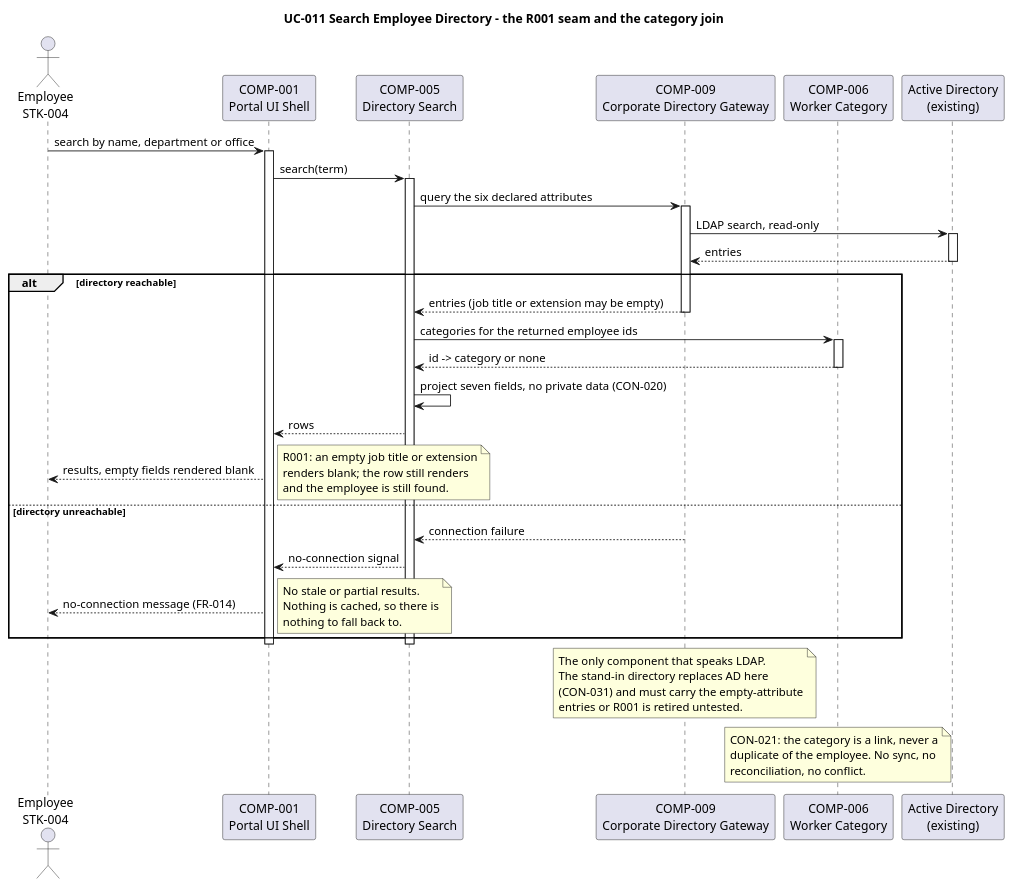
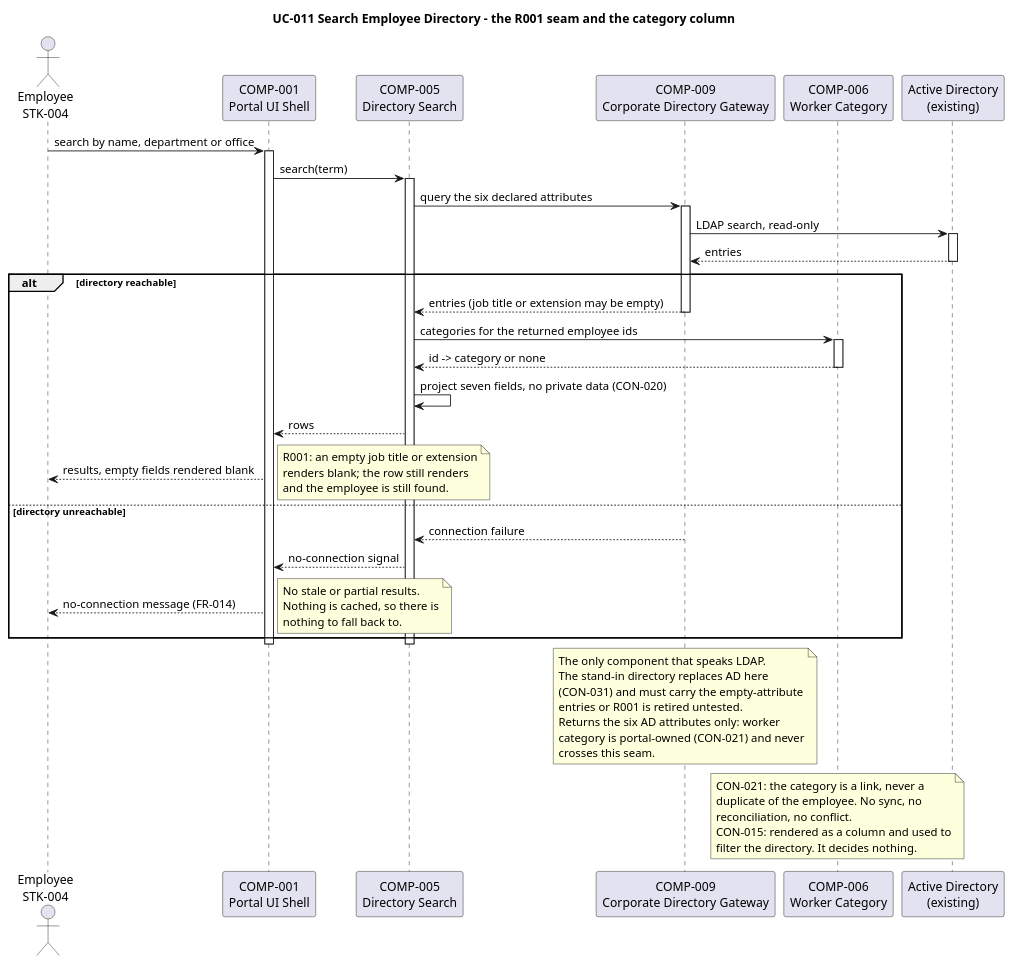
Before and after one commit to banense-test/portal: the fourth of 9 diagrams in docs/artifacts/analysis---design/software-architecture-document.md, drawn with PlantUML. The commit also changed other lines of this file, not shown here.

First line of the commit message:
Software Architect [I2]: upsert Software Architecture Document

````diff
--- a/docs/artifacts/analysis---design/software-architecture-document.md
+++ b/docs/artifacts/analysis---design/software-architecture-document.md
@@ -597,64 +612,69 @@
 ```plantuml
 @startuml
-title UC-011 Search Employee Directory - the R001 seam and the category join
+title UC-011 Search Employee Directory - the R001 seam and the category column
 
 actor "Employee\nSTK-004" as EMP
 participant "COMP-001\nPortal UI Shell" as UI
 participant "COMP-005\nDirectory Search" as DIR
 participant "COMP-009\nCorporate Directory Gateway" as GW
 participant "COMP-006\nWorker Category" as CAT
 participant "Active Directory\n(existing)" as AD
 
 EMP -> UI : search by name, department or office
 activate UI
 UI -> DIR : search(term)
 activate DIR
 DIR -> GW : query the six declared attributes
 activate GW
 GW -> AD : LDAP search, read-only
 activate AD
 AD --> GW : entries
 deactivate AD
 
 alt directory reachable
   GW --> DIR : entries (job title or extension may be empty)
   deactivate GW
   DIR -> CAT : categories for the returned employee ids
   activate CAT
   CAT --> DIR : id -> category or none
   deactivate CAT
   DIR -> DIR : project seven fields, no private data (CON-020)
   DIR --> UI : rows
   UI --> EMP : results, empty fields rendered blank
   note right
     R001: an empty job title or extension
     renders blank; the row still renders
     and the employee is still found.
   end note
 else directory unreachable
   GW --> DIR : connection failure
   deactivate GW
   DIR --> UI : no-connection signal
   UI --> EMP : no-connection message (FR-014)
   note right
     No stale or partial results.
     Nothing is cached, so there is
     nothing to fall back to.
   end note
 end
 deactivate DIR
 deactivate UI
 
 note over GW
   The only component that speaks LDAP.
   The stand-in directory replaces AD here
   (CON-031) and must carry the empty-attribute
   entries or R001 is retired untested.
+  Returns the six AD attributes only: worker
+  category is portal-owned (CON-021) and never
+  crosses this seam.
 end note
 note over CAT
   CON-021: the category is a link, never a
   duplicate of the employee. No sync, no
   reconciliation, no conflict.
+  CON-015: rendered as a column and used to
+  filter the directory. It decides nothing.
 end note
 @enduml
 ```
````
